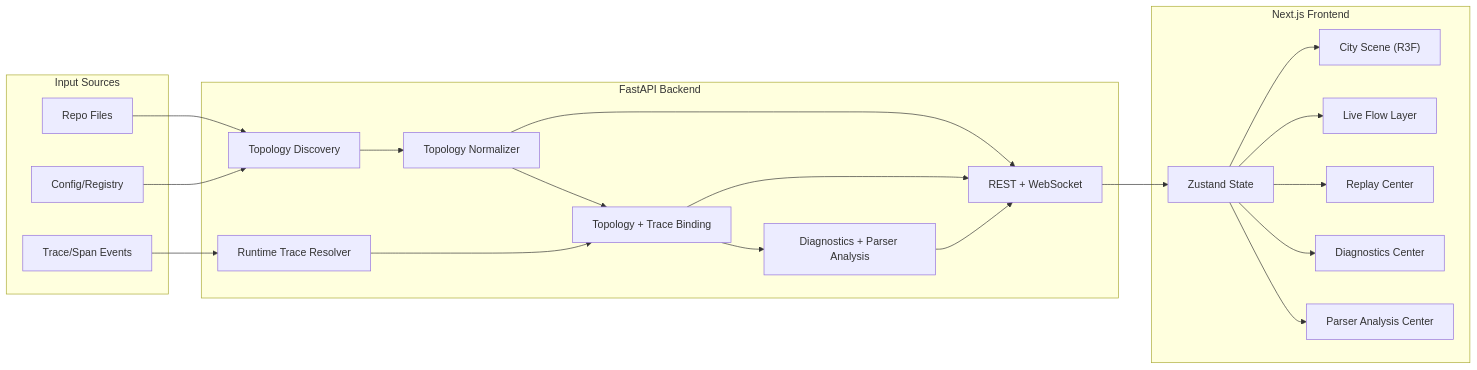
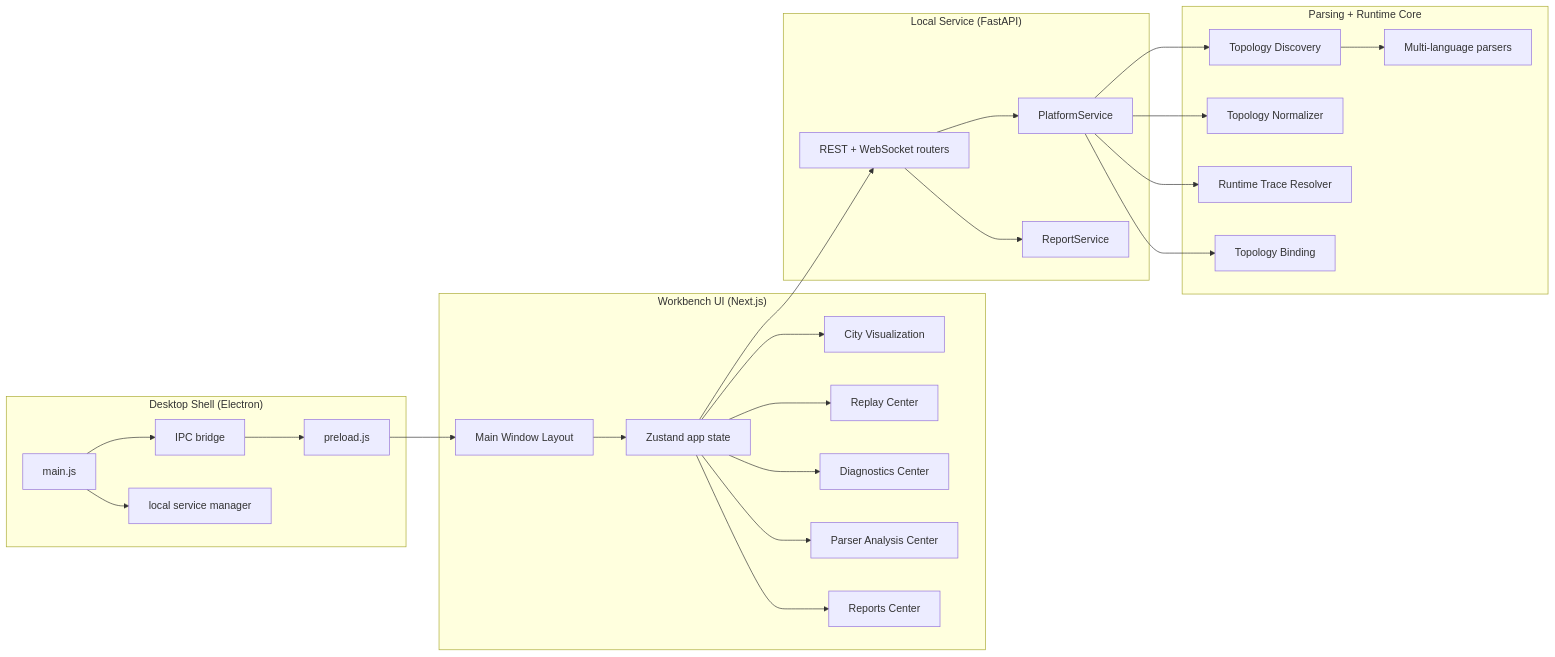
The diagram in docs/architecture.md (Sgt-Friedrich/Agent_City), drawn with Mermaid before and after one commit. The commit also changed other lines of this file and 45 other files, not shown here.

Commit message:
Build desktop workbench shell and full-system closure pipeline

````diff
--- a/docs/architecture.md
+++ b/docs/architecture.md
@@ -15,43 +14,53 @@
 ```mermaid
 flowchart LR
-  subgraph Sources["Input Sources"]
-    Repo["Repo Files"]
-    Config["Config/Registry"]
-    Runtime["Trace/Span Events"]
+  subgraph Desktop["Desktop Shell (Electron)"]
+    Main["main.js"]
+    Preload["preload.js"]
+    IPC["IPC bridge"]
+    ProcMgr["local service manager"]
   end
 
-  subgraph Backend["FastAPI Backend"]
-    Discovery["Topology Discovery"]
-    Normalizer["Topology Normalizer"]
-    Resolver["Runtime Trace Resolver"]
-    Binding["Topology + Trace Binding"]
-    Analysis["Diagnostics + Parser Analysis"]
-    API["REST + WebSocket"]
-  end
-
-  subgraph Frontend["Next.js Frontend"]
-    Store["Zustand State"]
-    City["City Scene (R3F)"]
-    Live["Live Flow Layer"]
+  subgraph UI["Workbench UI (Next.js)"]
+    ShellUI["Main Window Layout"]
+    City["City Visualization"]
     Replay["Replay Center"]
     Diag["Diagnostics Center"]
     Parser["Parser Analysis Center"]
+    Reports["Reports Center"]
+    Store["Zustand app state"]
   end
 
-  Repo --> Discovery
-  Config --> Discovery
-  Discovery --> Normalizer
-  Runtime --> Resolver
-  Normalizer --> Binding
-  Resolver --> Binding
-  Binding --> Analysis
-  Normalizer --> API
-  Binding --> API
-  Analysis --> API
-  API --> Store
+  subgraph API["Local Service (FastAPI)"]
+    Routers["REST + WebSocket routers"]
+    Platform["PlatformService"]
+    ReportSvc["ReportService"]
+  end
+
+  subgraph Core["Parsing + Runtime Core"]
+    Discovery["Topology Discovery"]
+    Normalizer["Topology Normalizer"]
+    Runtime["Runtime Trace Resolver"]
+    Binding["Topology Binding"]
+    Parsers["Multi-language parsers"]
+  end
+
+  Main --> ProcMgr
+  Main --> IPC
+  IPC --> Preload
+  Preload --> ShellUI
+  ShellUI --> Store
   Store --> City
-  Store --> Live
   Store --> Replay
   Store --> Diag
   Store --> Parser
+  Store --> Reports
+
+  Store --> Routers
+  Routers --> Platform
+  Routers --> ReportSvc
+  Platform --> Discovery
+  Platform --> Normalizer
+  Platform --> Runtime
+  Platform --> Binding
+  Discovery --> Parsers
 ```
````
